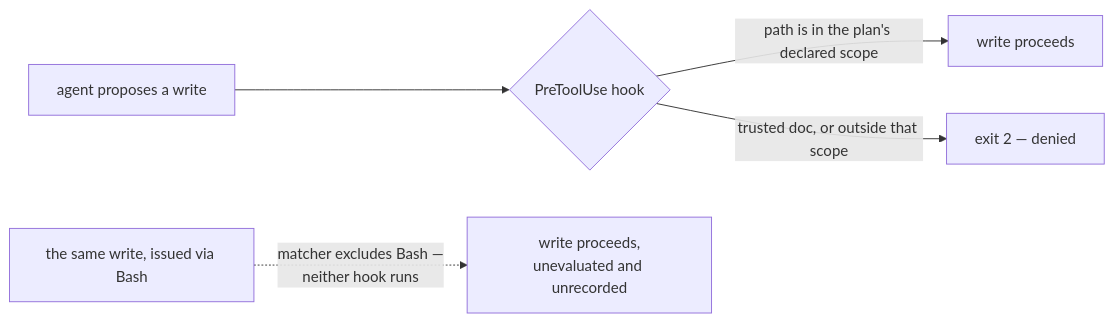
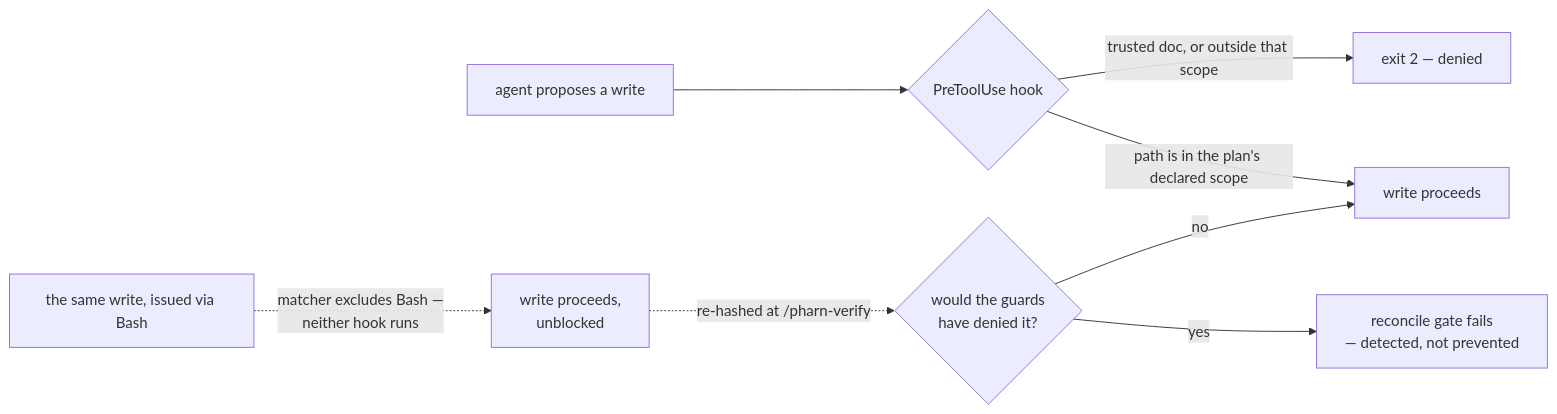
One commit to pharn-dev/pharn-oss changed the first of 2 diagrams in README.md. Above: the diagram before and after it, drawn with Mermaid. The commit also changed other lines of this file and 24 other files, not shown here.

First line of the commit message:
feat(floor): detect a Bash write outside the declared writes-scope (4.0.0) (#212)

````diff
--- a/README.md
+++ b/README.md
@@ -260,7 +260,10 @@
 ```mermaid
 flowchart LR
     A["agent proposes a write"] --> H{"PreToolUse hook"}
     H -- "path is in the plan's declared scope" --> OK["write proceeds"]
     H -- "trusted doc, or outside that scope" --> D["exit 2 — denied"]
-    BASH["the same write, issued via Bash"] -. "matcher excludes Bash —<br/>neither hook runs" .-> UN["write proceeds,<br/>unevaluated and unrecorded"]
+    BASH["the same write, issued via Bash"] -. "matcher excludes Bash —<br/>neither hook runs" .-> UN["write proceeds,<br/>unblocked"]
+    UN -. "re-hashed at /pharn-verify" .-> REC{"would the guards<br/>have denied it?"}
+    REC -- "yes" --> RED["reconcile gate fails<br/>— detected, not prevented"]
+    REC -- "no" --> OK
 ```
````
